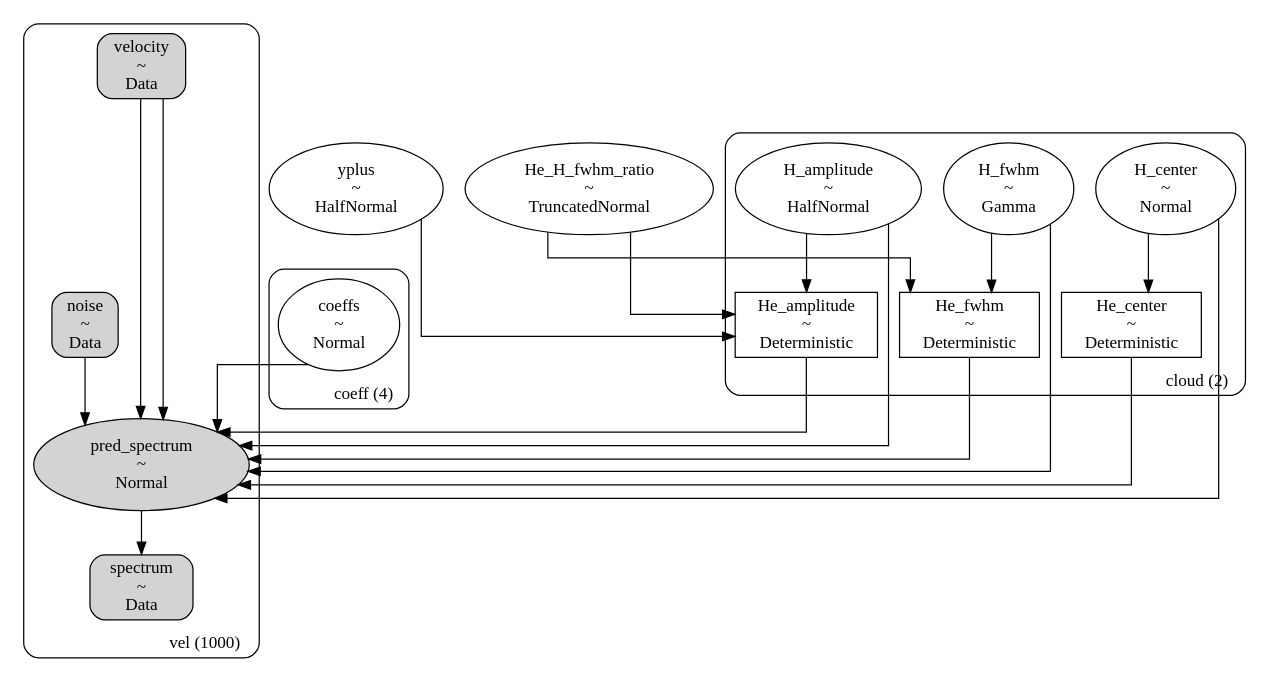
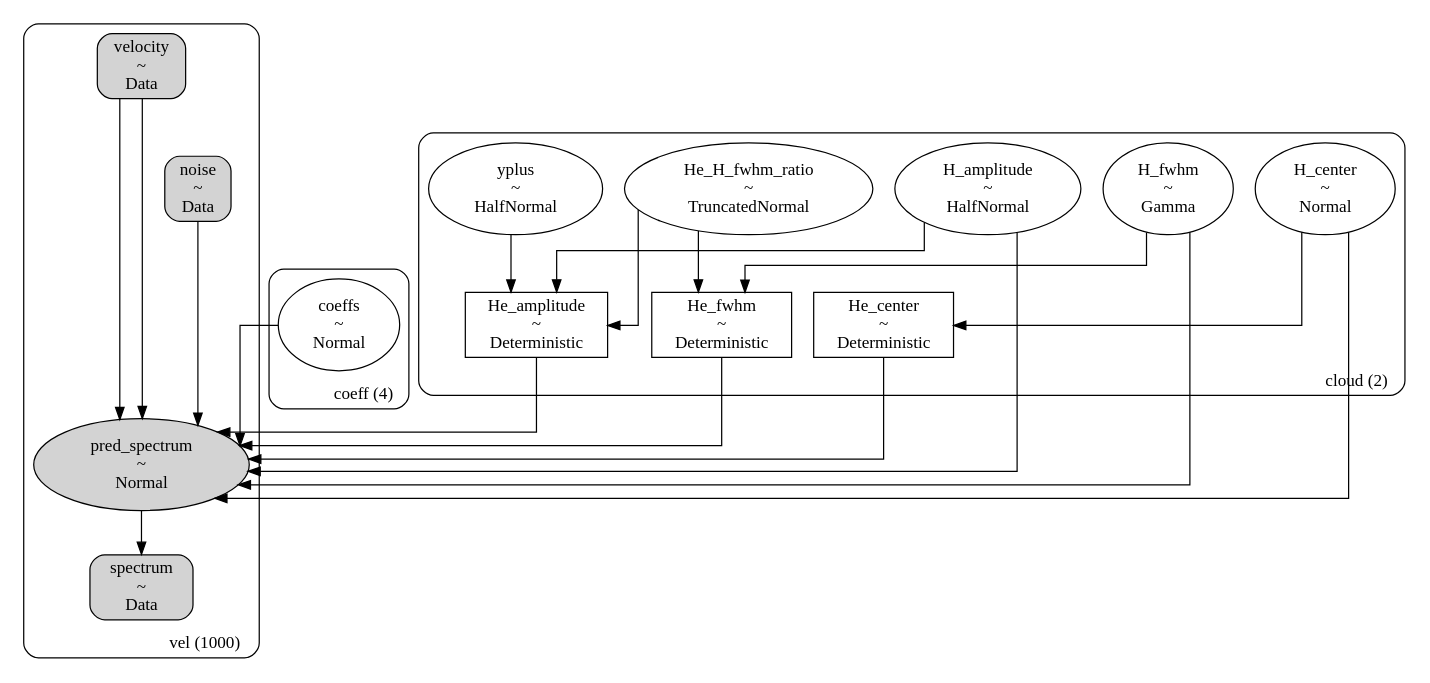
The diagram in examples/figures/model.gv (tvwenger/mcmc_yplus), drawn with Graphviz before and after one commit. The commit also changed 13 other files, not shown here.

Commit message:
yplus and fwhm ratio free, update priors

```diff
--- a/examples/figures/model.gv
+++ b/examples/figures/model.gv
@@ -1,110 +1,110 @@
 digraph {
 	graph [newrank=false,
 		rankdir=TB,
 		splines=ortho
 	];
 	subgraph "clustervel (1000)" {
 		graph [label="vel (1000)",
 			labeljust=r,
 			labelloc=b,
 			style=rounded
 		];
 		spectrum	[label="spectrum
 ~
 Data",
 			shape=box,
 			style="rounded, filled"];
-		noise	[label="noise
+		pred_spectrum	[label="pred_spectrum
+~
+Normal",
+			shape=ellipse,
+			style=filled];
+		velocity	[label="velocity
 ~
 Data",
 			shape=box,
 			style="rounded, filled"];
-		spectrum	[label="spectrum
+		noise	[label="noise
 ~
 Data",
 			shape=box,
 			style="rounded, filled"];
 		velocity	[label="velocity
 ~
 Data",
 			shape=box,
 			style="rounded, filled"];
-		pred_spectrum	[label="pred_spectrum
-~
-Normal",
-			shape=ellipse,
-			style=filled];
-		velocity	[label="velocity
+		spectrum	[label="spectrum
 ~
 Data",
 			shape=box,
 			style="rounded, filled"];
 	}
 	subgraph "clustercoeff (4)" {
 		graph [label="coeff (4)",
 			labeljust=r,
 			labelloc=b,
 			style=rounded
 		];
 		coeffs	[label="coeffs
 ~
 Normal",
 			shape=ellipse];
 	}
 	subgraph "clustercloud (2)" {
 		graph [label="cloud (2)",
 			labeljust=r,
 			labelloc=b,
 			style=rounded
 		];
+		yplus	[label="yplus
+~
+HalfNormal",
+			shape=ellipse];
 		H_center	[label="H_center
 ~
 Normal",
 			shape=ellipse];
 		H_amplitude	[label="H_amplitude
 ~
 HalfNormal",
 			shape=ellipse];
+		H_fwhm	[label="H_fwhm
+~
+Gamma",
+			shape=ellipse];
 		He_center	[label="He_center
 ~
 Deterministic",
 			shape=box];
-		H_fwhm	[label="H_fwhm
+		He_H_fwhm_ratio	[label="He_H_fwhm_ratio
 ~
-Gamma",
+TruncatedNormal",
 			shape=ellipse];
 		He_amplitude	[label="He_amplitude
 ~
 Deterministic",
 			shape=box];
 		He_fwhm	[label="He_fwhm
 ~
 Deterministic",
 			shape=box];
 	}
-	noise -> pred_spectrum	[minlen=1];
-	velocity -> pred_spectrum	[minlen=2];
 	pred_spectrum -> spectrum	[minlen=1];
+	velocity -> pred_spectrum	[minlen=1];
+	noise -> pred_spectrum	[minlen=2];
 	velocity -> pred_spectrum	[minlen=3];
 	coeffs -> pred_spectrum	[minlen=1];
+	yplus -> He_amplitude	[minlen=1];
 	H_center -> pred_spectrum;
 	H_center -> He_center;
 	H_amplitude -> pred_spectrum;
 	H_amplitude -> He_amplitude;
-	He_center -> pred_spectrum;
 	H_fwhm -> pred_spectrum;
 	H_fwhm -> He_fwhm;
+	He_center -> pred_spectrum;
+	He_H_fwhm_ratio -> He_amplitude;
+	He_H_fwhm_ratio -> He_fwhm;
 	He_amplitude -> pred_spectrum;
 	He_fwhm -> pred_spectrum;
-	yplus	[label="yplus
-~
-HalfNormal",
-		shape=ellipse];
-	yplus -> He_amplitude	[minlen=1];
-	He_H_fwhm_ratio	[label="He_H_fwhm_ratio
-~
-TruncatedNormal",
-		shape=ellipse];
-	He_H_fwhm_ratio -> He_amplitude;
-	He_H_fwhm_ratio -> He_fwhm;
 }
```
